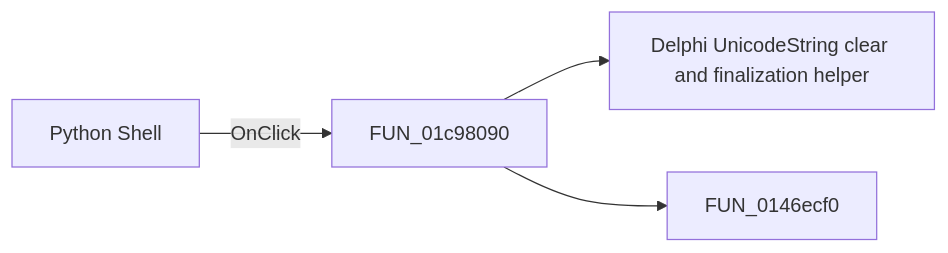
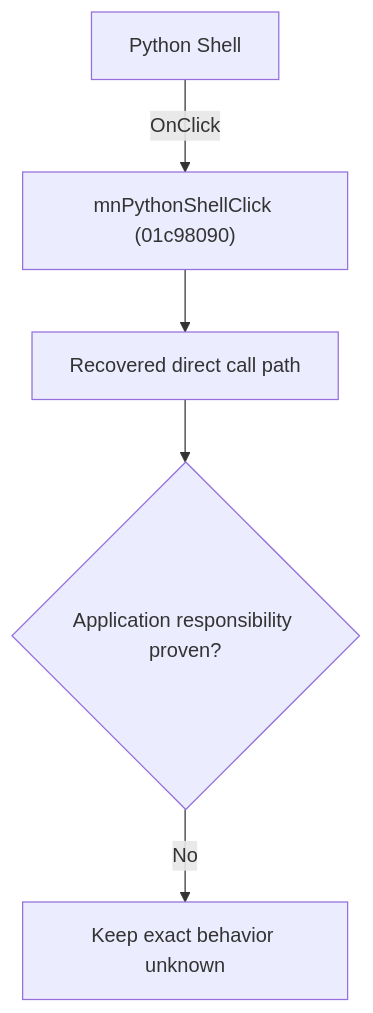
The diagram in docs/ui-controls/schematiceditor/mnpythonshell-8051aafc70.md (MovGP0/TIARA), drawn with Mermaid before and after one commit. The commit also changed other lines of this file and 1062 other files, not shown here.

````diff
--- a/docs/ui-controls/schematiceditor/mnpythonshell-8051aafc70.md
+++ b/docs/ui-controls/schematiceditor/mnpythonshell-8051aafc70.md
@@ -27,6 +27,7 @@
 ```mermaid
-flowchart LR
-    control["Python Shell"] -->|OnClick| handler["FUN_01c98090"]
-    handler --> call1["Delphi UnicodeString clear and finalization helper"]
-    handler --> call2["FUN_0146ecf0"]
+flowchart TD
+    control["Python Shell"] -->|"OnClick"| handler["mnPythonShellClick (01c98090)"]
+    handler --> recovered["Recovered direct call path"]
+    recovered --> gap{"Application responsibility proven?"}
+    gap -->|"No"| blocked["Keep exact behavior unknown"]
 ```
````
